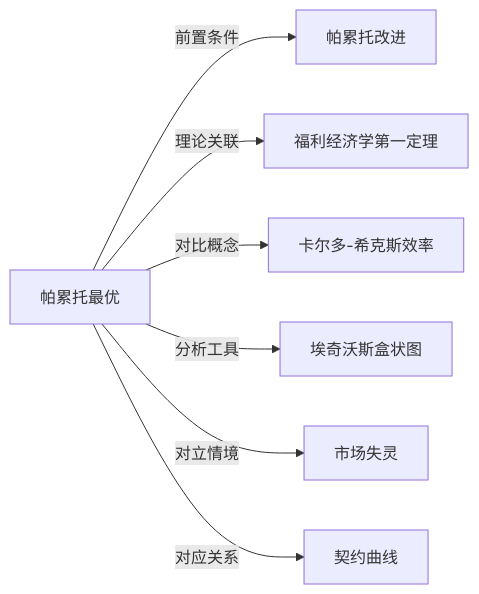
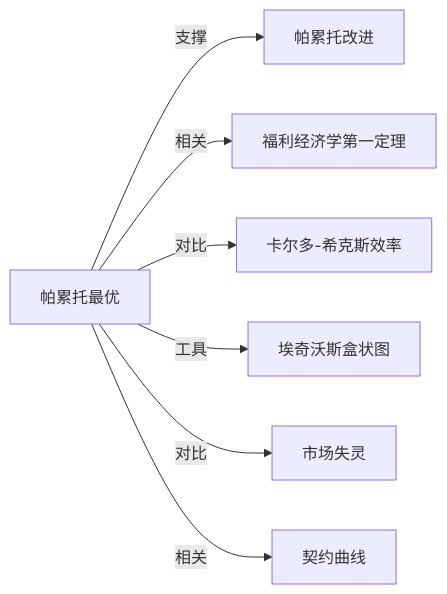
One commit to KIMMCHOW/MyKnowledge changed the diagram in Knowledge/Concepts/经济/帕累托最优.md. Above: the diagram before and after it, drawn with Mermaid. The commit also changed 95 other files, not shown here.

Commit message:
reorganize: 统一关系图边标签为11类

````diff
--- a/Knowledge/Concepts/经济/帕累托最优.md
+++ b/Knowledge/Concepts/经济/帕累托最优.md
@@ -45,9 +45,9 @@
 ```mermaid
 graph LR
-帕累托最优 -->|前置条件| 帕累托改进
-帕累托最优 -->|理论关联| 福利经济学第一定理
-帕累托最优 -->|对比概念| 卡尔多-希克斯效率
-帕累托最优 -->|分析工具| 埃奇沃斯盒状图
-帕累托最优 -->|对立情境| 市场失灵
-帕累托最优 -->|对应关系| 契约曲线
+帕累托最优 -->|支撑| 帕累托改进
+帕累托最优 -->|相关| 福利经济学第一定理
+帕累托最优 -->|对比| 卡尔多-希克斯效率
+帕累托最优 -->|工具| 埃奇沃斯盒状图
+帕累托最优 -->|对比| 市场失灵
+帕累托最优 -->|相关| 契约曲线
 ```
````
